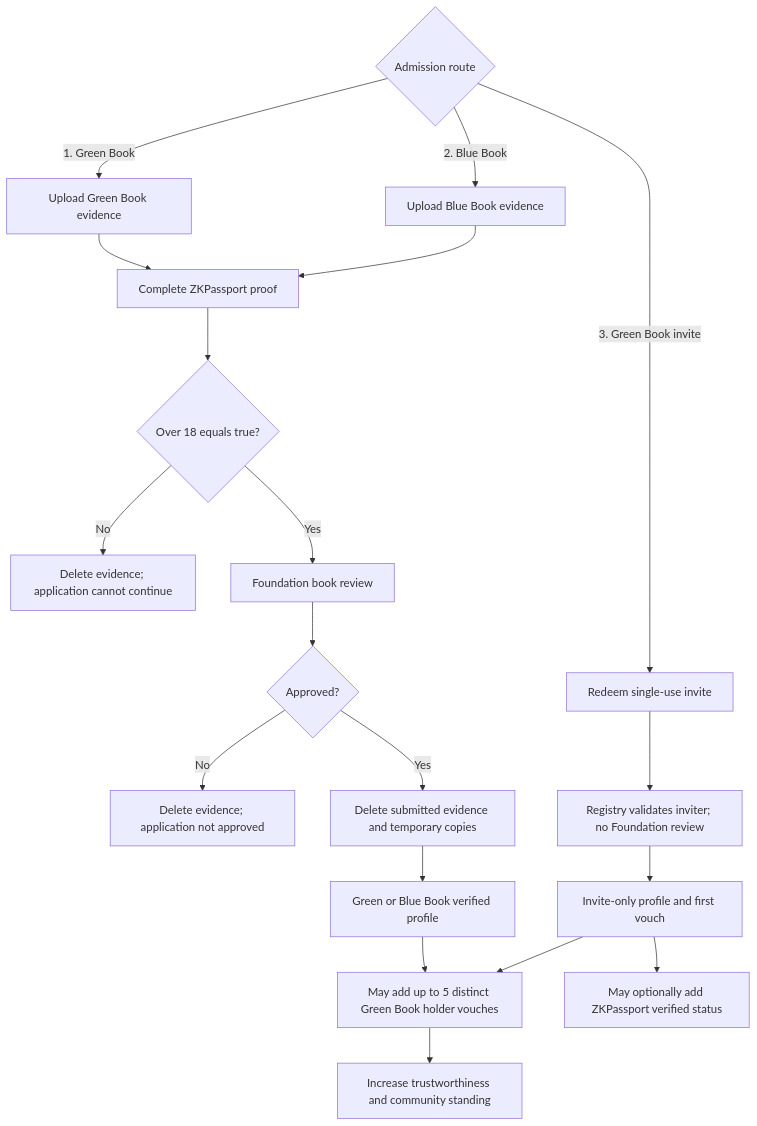
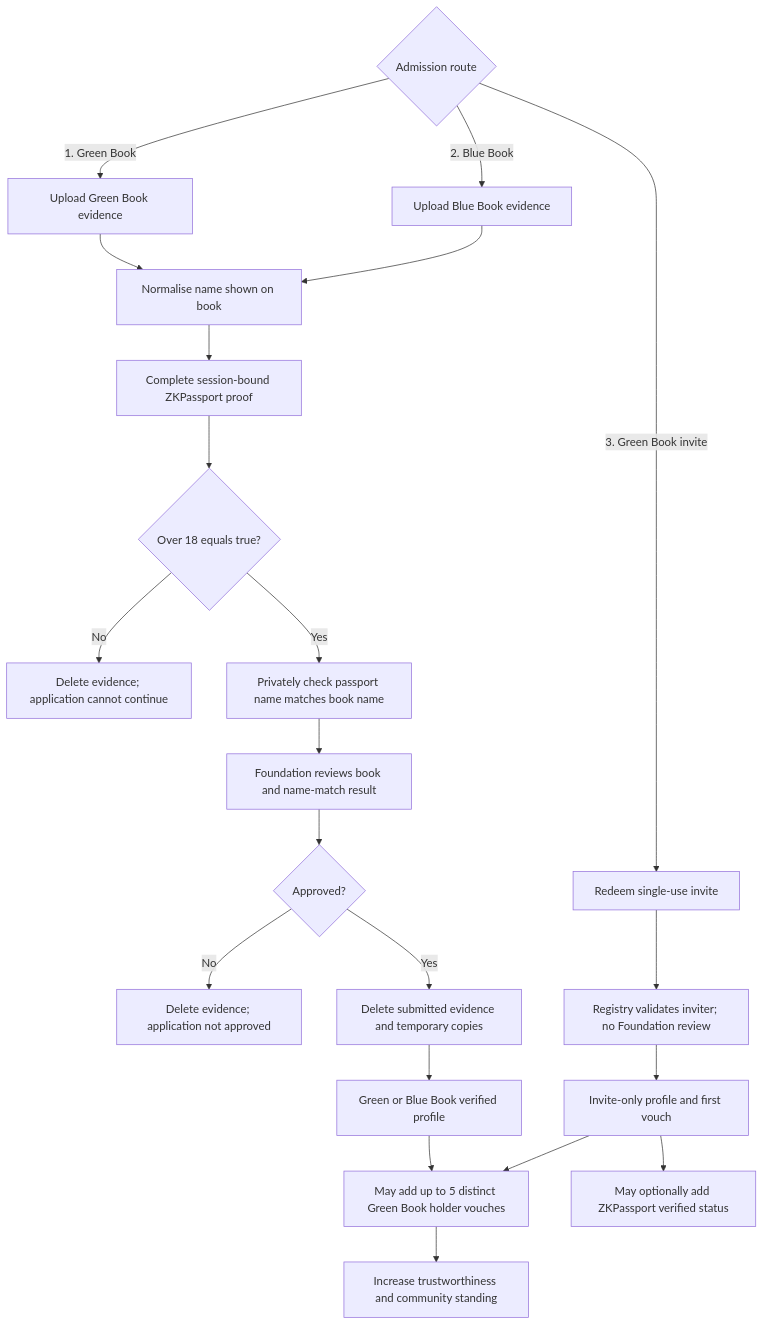
Before and after one commit to AlexJupiter/tibetan-id: the third of 6 diagrams in README.md, drawn with Mermaid. The commit also changed other lines of this file, not shown here.

Commit message:
Add private ZKPassport name matching

````diff
--- a/README.md
+++ b/README.md
@@ -78,21 +80,23 @@
 ```mermaid
 flowchart TD
     A{Admission route} -->|1. Green Book| B[Upload Green Book evidence]
     A -->|2. Blue Book| C[Upload Blue Book evidence]
     A -->|3. Green Book invite| D[Redeem single-use invite]
-    B --> E[Complete ZKPassport proof]
+    B --> E[Normalise name shown on book]
     C --> E
-    E --> F{Over 18 equals true?}
+    E --> E0[Complete session-bound ZKPassport proof]
+    E0 --> F{Over 18 equals true?}
     F -->|No| G[Delete evidence; application cannot continue]
-    F -->|Yes| H[Foundation book review]
+    F -->|Yes| F1[Privately check passport name matches book name]
+    F1 --> H[Foundation reviews book and name-match result]
     H --> H0{Approved?}
     H0 -->|No| H1[Delete evidence; application not approved]
     H0 -->|Yes| I[Delete submitted evidence and temporary copies]
     I --> O[Green or Blue Book verified profile]
     D --> J[Registry validates inviter; no Foundation review]
     J --> K[Invite-only profile and first vouch]
     O --> L[May add up to 5 distinct Green Book holder vouches]
     K --> L
     K --> M[May optionally add ZKPassport verified status]
     L --> N[Increase trustworthiness and community standing]
 ```
````
